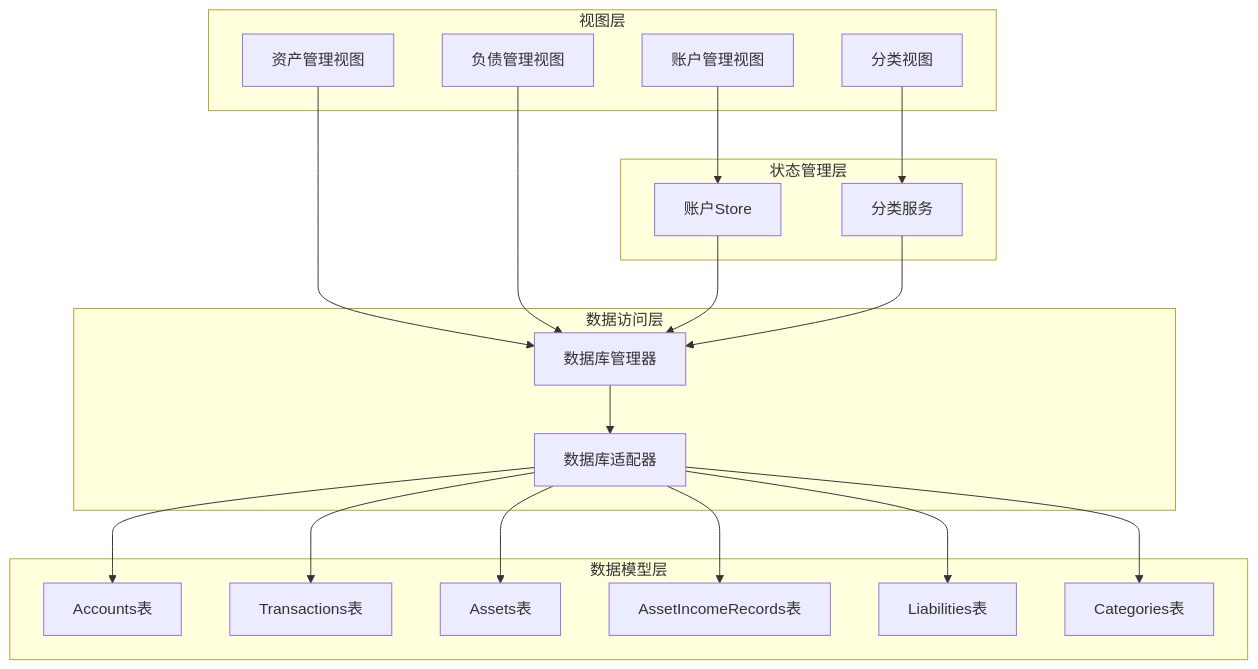
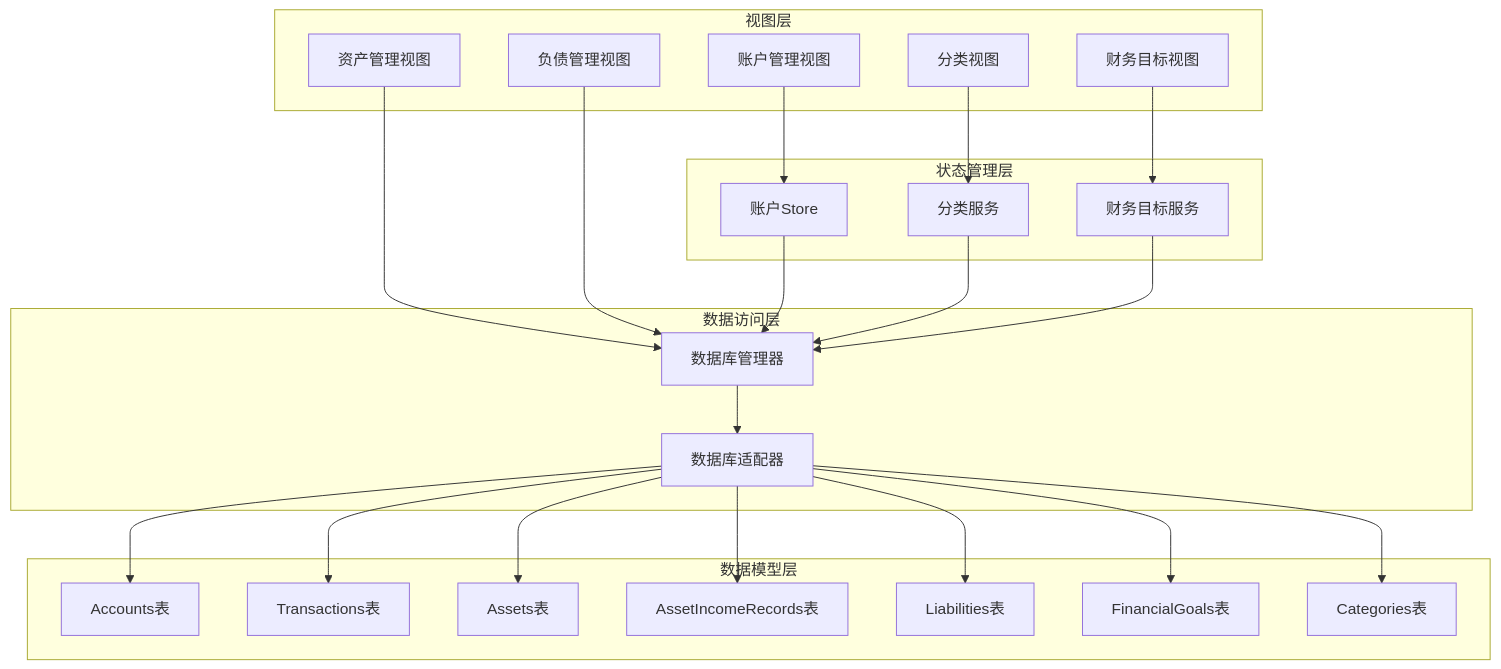
The ninth of 10 diagrams in .qoder/repowiki/zh/content/数据库管理/数据库设计.md (xiao-lin-unit/yuan), drawn with Mermaid before and after one commit. The commit also changed other lines of this file and 51 other files, not shown here.

````diff
--- a/.qoder/repowiki/zh/content/数据库管理/数据库设计.md
+++ b/.qoder/repowiki/zh/content/数据库管理/数据库设计.md
@@ -496,38 +571,44 @@
 ```mermaid
 graph TB
 subgraph "视图层"
 AccountView[账户管理视图]
 AssetView[资产管理视图]
 LiabilityView[负债管理视图]
 CategoryView[分类视图]
+GoalView[财务目标视图]
 end
 subgraph "状态管理层"
 AccountStore[账户Store]
 CategoryService[分类服务]
+GoalService[财务目标服务]
 end
 subgraph "数据访问层"
 DatabaseManager[数据库管理器]
 DatabaseAdapter[数据库适配器]
 end
 subgraph "数据模型层"
 Accounts[Accounts表]
 Transactions[Transactions表]
 Assets[Assets表]
 AssetIncomeRecords[AssetIncomeRecords表]
 Liabilities[Liabilities表]
+FinancialGoals[FinancialGoals表]
 Categories[Categories表]
 end
 AccountView --> AccountStore
 AssetView --> DatabaseManager
 LiabilityView --> DatabaseManager
 CategoryView --> CategoryService
+GoalView --> GoalService
 AccountStore --> DatabaseManager
 CategoryService --> DatabaseManager
+GoalService --> DatabaseManager
 DatabaseManager --> DatabaseAdapter
 DatabaseAdapter --> Accounts
 DatabaseAdapter --> Transactions
 DatabaseAdapter --> Assets
 DatabaseAdapter --> AssetIncomeRecords
 DatabaseAdapter --> Liabilities
+DatabaseAdapter --> FinancialGoals
 DatabaseAdapter --> Categories
 ```
````
